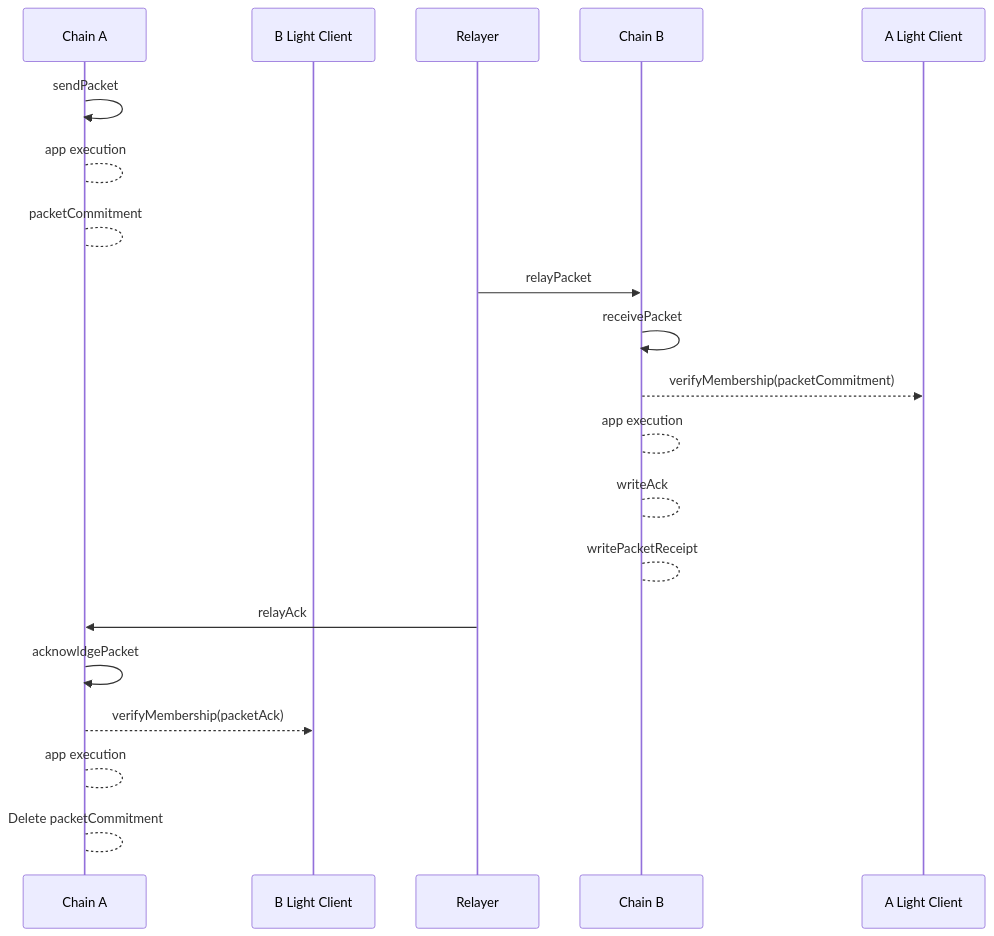
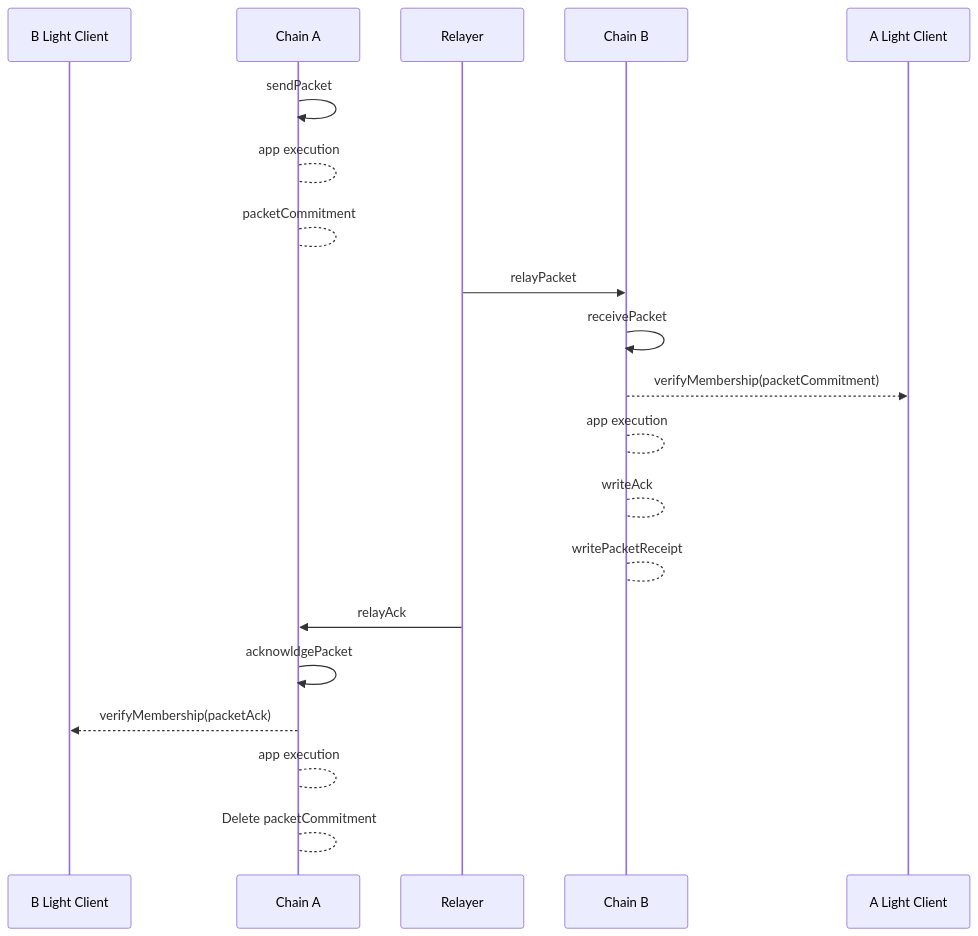
One commit to cosmos/ibc changed the second of 4 diagrams in spec/core/v2/ics-004-packet-semantics/README.md. Above: the diagram before and after it, drawn with Mermaid. The commit also changed other lines of this file, not shown here.

````diff
--- a/spec/core/v2/ics-004-packet-semantics/README.md
+++ b/spec/core/v2/ics-004-packet-semantics/README.md
@@ -407,22 +385,22 @@
 ```mermaid
 sequenceDiagram
-    participant Chain A
-    participant B Light Client     
+    participant B Light Client 
+    participant Chain A    
     participant Relayer 
     participant Chain B
     participant A Light Client
     Chain A ->> Chain A : sendPacket
     Chain A --> Chain A : app execution
     Chain A --> Chain A : packetCommitment 
     Relayer ->> Chain B: relayPacket
     Chain B ->> Chain B: receivePacket
     Chain B -->> A Light Client: verifyMembership(packetCommitment)
     Chain B --> Chain B : app execution
     Chain B --> Chain B: writeAck
     Chain B --> Chain B: writePacketReceipt
     Relayer ->> Chain A: relayAck
     Chain A ->> Chain A : acknowldgePacket
     Chain A -->> B Light Client: verifyMembership(packetAck)
     Chain A --> Chain A : app execution
     Chain A --> Chain A : Delete packetCommitment 
 ```
````
